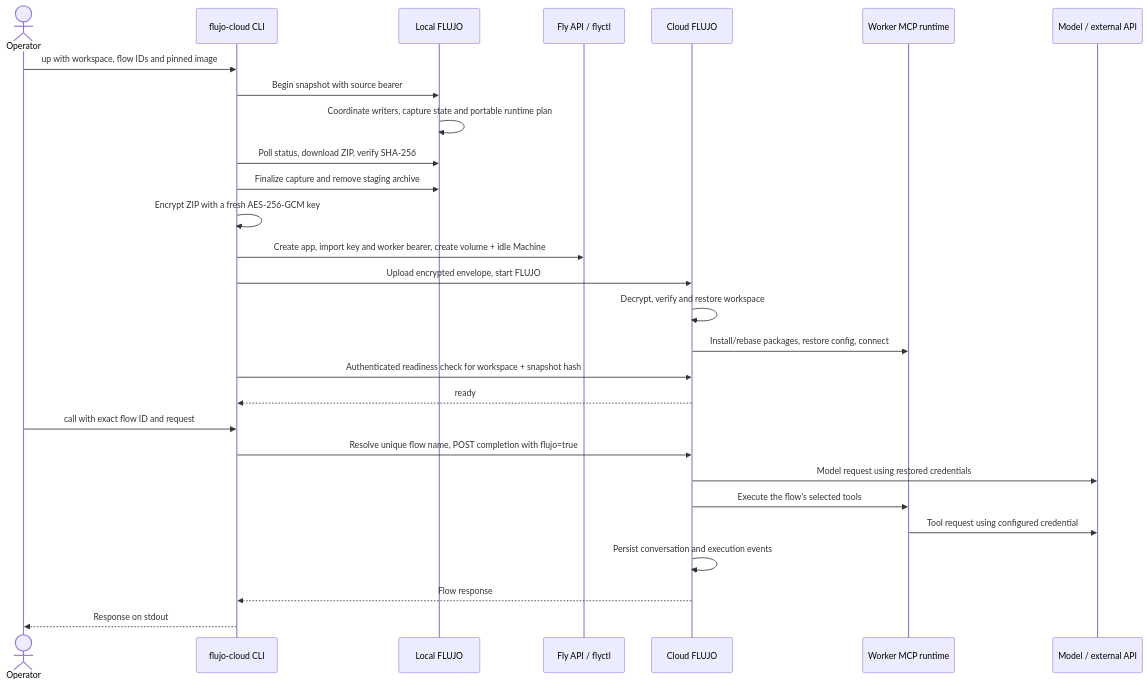
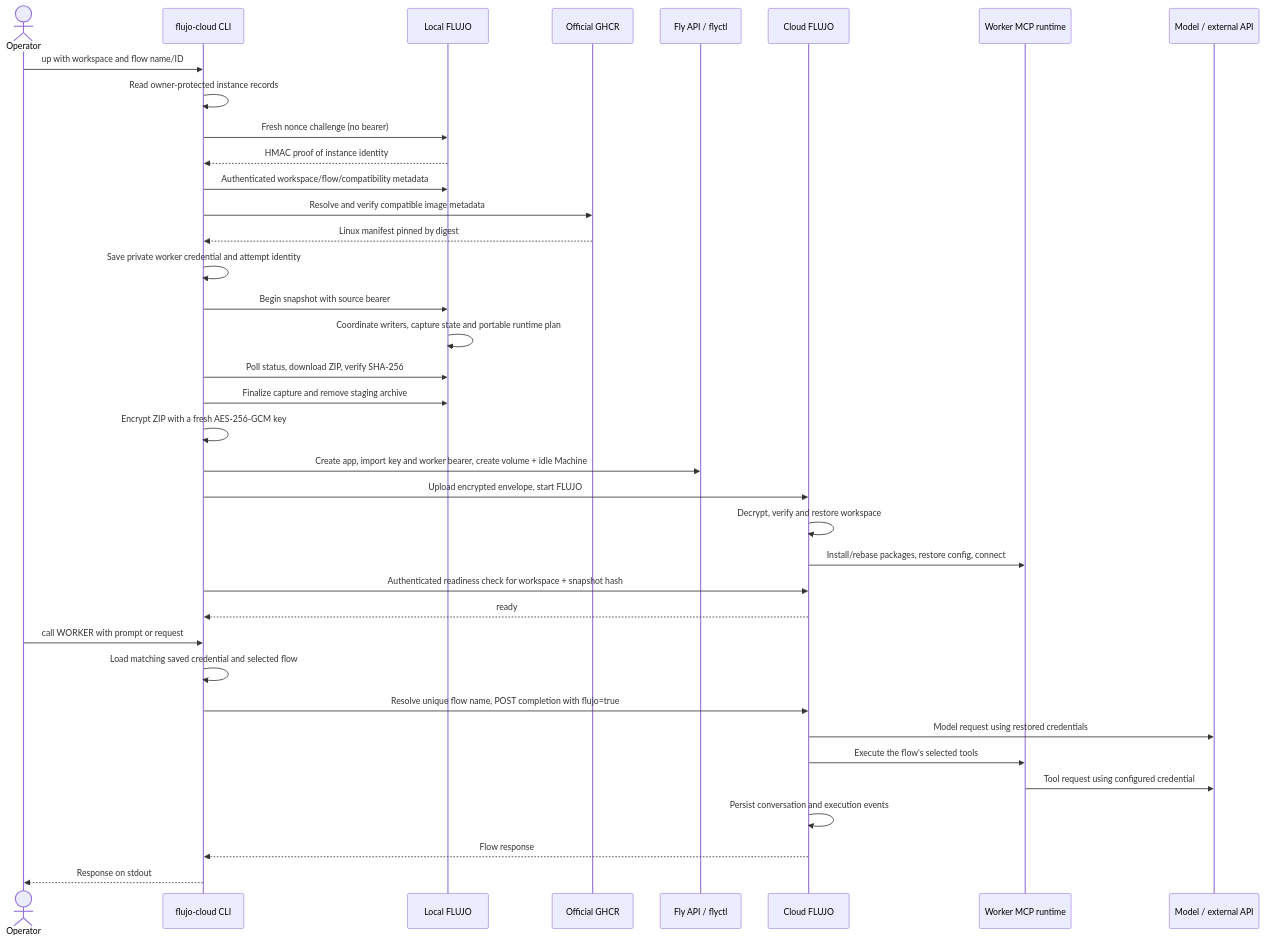
The diagram in docs/architecture.md (flujo-app/flujo-cloud), drawn with Mermaid before and after one commit. The commit also changed other lines of this file and 15 other files, not shown here.

Commit message:
Manage FLUJO discovery, compatible images and worker credentials

````diff
--- a/docs/architecture.md
+++ b/docs/architecture.md
@@ -24,31 +50,40 @@
 ```mermaid
 sequenceDiagram
   actor Operator
   participant Bridge as flujo-cloud CLI
   participant Source as Local FLUJO
+  participant Registry as Official GHCR
   participant Fly as Fly API / flyctl
   participant Worker as Cloud FLUJO
   participant MCP as Worker MCP runtime
   participant Service as Model / external API
 
-  Operator->>Bridge: up with workspace, flow IDs and pinned image
+  Operator->>Bridge: up with workspace and flow name/ID
+  Bridge->>Bridge: Read owner-protected instance records
+  Bridge->>Source: Fresh nonce challenge (no bearer)
+  Source-->>Bridge: HMAC proof of instance identity
+  Bridge->>Source: Authenticated workspace/flow/compatibility metadata
+  Bridge->>Registry: Resolve and verify compatible image metadata
+  Registry-->>Bridge: Linux manifest pinned by digest
+  Bridge->>Bridge: Save private worker credential and attempt identity
   Bridge->>Source: Begin snapshot with source bearer
   Source->>Source: Coordinate writers, capture state and portable runtime plan
   Bridge->>Source: Poll status, download ZIP, verify SHA-256
   Bridge->>Source: Finalize capture and remove staging archive
   Bridge->>Bridge: Encrypt ZIP with a fresh AES-256-GCM key
   Bridge->>Fly: Create app, import key and worker bearer, create volume + idle Machine
   Bridge->>Worker: Upload encrypted envelope, start FLUJO
   Worker->>Worker: Decrypt, verify and restore workspace
   Worker->>MCP: Install/rebase packages, restore config, connect
   Bridge->>Worker: Authenticated readiness check for workspace + snapshot hash
   Worker-->>Bridge: ready
-  Operator->>Bridge: call with exact flow ID and request
+  Operator->>Bridge: call WORKER with prompt or request
+  Bridge->>Bridge: Load matching saved credential and selected flow
   Bridge->>Worker: Resolve unique flow name, POST completion with flujo=true
   Worker->>Service: Model request using restored credentials
   Worker->>MCP: Execute the flow's selected tools
   MCP->>Service: Tool request using configured credential
   Worker->>Worker: Persist conversation and execution events
   Worker-->>Bridge: Flow response
   Bridge-->>Operator: Response on stdout
 ```
````
